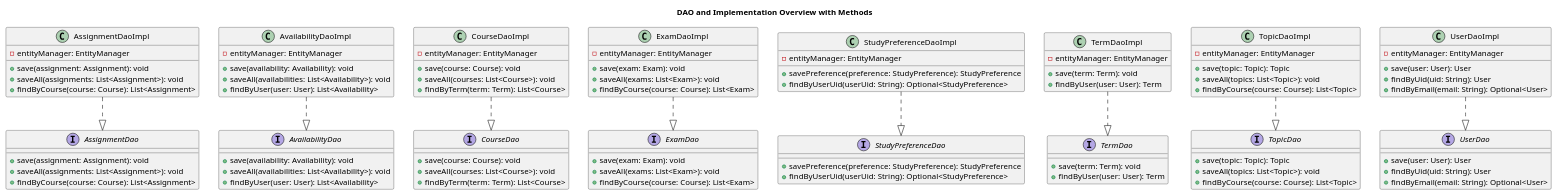
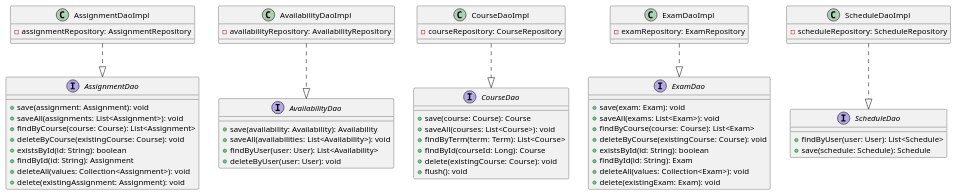
Before and after one commit to keerati5003/PlanMate-Diagram: the second of 2 diagrams in dao-overview.puml, drawn with PlantUML. The commit also changed 13 other files, not shown here.

```diff
--- a/dao-overview.puml
+++ b/dao-overview.puml
@@ -1,114 +54,70 @@
 @startuml
-title DAO and Implementation Overview with Methods
+
+' === DAO INTERFACES ===
 
 interface AssignmentDao {
     +save(assignment: Assignment): void
     +saveAll(assignments: List<Assignment>): void
     +findByCourse(course: Course): List<Assignment>
+    +deleteByCourse(existingCourse: Course): void
+    +existsById(id: String): boolean
+    +findById(id: String): Assignment
+    +deleteAll(values: Collection<Assignment>): void
+    +delete(existingAssignment: Assignment): void
 }
 
 interface AvailabilityDao {
-    +save(availability: Availability): void
+    +save(availability: Availability): Availability
     +saveAll(availabilities: List<Availability>): void
     +findByUser(user: User): List<Availability>
+    +deleteByUser(user: User): void
 }
 
 interface CourseDao {
-    +save(course: Course): void
+    +save(course: Course): Course
     +saveAll(courses: List<Course>): void
     +findByTerm(term: Term): List<Course>
+    +findById(courseId: Long): Course
+    +delete(existingCourse: Course): void
+    +flush(): void
 }
 
 interface ExamDao {
     +save(exam: Exam): void
     +saveAll(exams: List<Exam>): void
     +findByCourse(course: Course): List<Exam>
+    +deleteByCourse(existingCourse: Course): void
+    +existsById(id: String): boolean
+    +findById(id: String): Exam
+    +deleteAll(values: Collection<Exam>): void
+    +delete(existingExam: Exam): void
 }
 
-interface StudyPreferenceDao {
-    +savePreference(preference: StudyPreference): StudyPreference
-    +findByUserUid(userUid: String): Optional<StudyPreference>
+interface ScheduleDao {
+    +findByUser(user: User): List<Schedule>
+    +save(schedule: Schedule): Schedule
 }
 
-interface TermDao {
-    +save(term: Term): void
-    +findByUser(user: User): Term
+class AssignmentDaoImpl {
+    - assignmentRepository: AssignmentRepository
 }
-
-interface TopicDao {
-    +save(topic: Topic): Topic
-    +saveAll(topics: List<Topic>): void
-    +findByCourse(course: Course): List<Topic>
+class AvailabilityDaoImpl {
+    - availabilityRepository: AvailabilityRepository
 }
-
-interface UserDao {
-    +save(user: User): User
-    +findByUid(uid: String): User
-    +findByEmail(email: String): Optional<User>
+class CourseDaoImpl {
+    - courseRepository: CourseRepository
 }
-
-' === DAO IMPLEMENTATIONS ===
-class AssignmentDaoImpl {
-    - entityManager: EntityManager
-    +save(assignment: Assignment): void
-    +saveAll(assignments: List<Assignment>): void
-    +findByCourse(course: Course): List<Assignment>
+class ExamDaoImpl {
+    - examRepository: ExamRepository
 }
-
-class AvailabilityDaoImpl {
-    - entityManager: EntityManager
-    +save(availability: Availability): void
-    +saveAll(availabilities: List<Availability>): void
-    +findByUser(user: User): List<Availability>
-}
-
-class CourseDaoImpl {
-    - entityManager: EntityManager
-    +save(course: Course): void
-    +saveAll(courses: List<Course>): void
-    +findByTerm(term: Term): List<Course>
-}
-
-class ExamDaoImpl {
-    - entityManager: EntityManager
-    +save(exam: Exam): void
-    +saveAll(exams: List<Exam>): void
-    +findByCourse(course: Course): List<Exam>
-}
-
-class StudyPreferenceDaoImpl {
-    - entityManager: EntityManager
-    +savePreference(preference: StudyPreference): StudyPreference
-    +findByUserUid(userUid: String): Optional<StudyPreference>
-}
-
-class TermDaoImpl {
-    - entityManager: EntityManager
-    +save(term: Term): void
-    +findByUser(user: User): Term
-}
-
-class TopicDaoImpl {
-    - entityManager: EntityManager
-    +save(topic: Topic): Topic
-    +saveAll(topics: List<Topic>): void
-    +findByCourse(course: Course): List<Topic>
-}
-
-class UserDaoImpl {
-    - entityManager: EntityManager
-    +save(user: User): User
-    +findByUid(uid: String): User
-    +findByEmail(email: String): Optional<User>
+class ScheduleDaoImpl {
+    - scheduleRepository: ScheduleRepository
 }
 
 AssignmentDaoImpl ..|> AssignmentDao
 AvailabilityDaoImpl ..|> AvailabilityDao
 CourseDaoImpl ..|> CourseDao
 ExamDaoImpl ..|> ExamDao
-StudyPreferenceDaoImpl ..|> StudyPreferenceDao
-TermDaoImpl ..|> TermDao
-TopicDaoImpl ..|> TopicDao
-UserDaoImpl ..|> UserDao
+ScheduleDaoImpl ..|> ScheduleDao
 
 @enduml
```
